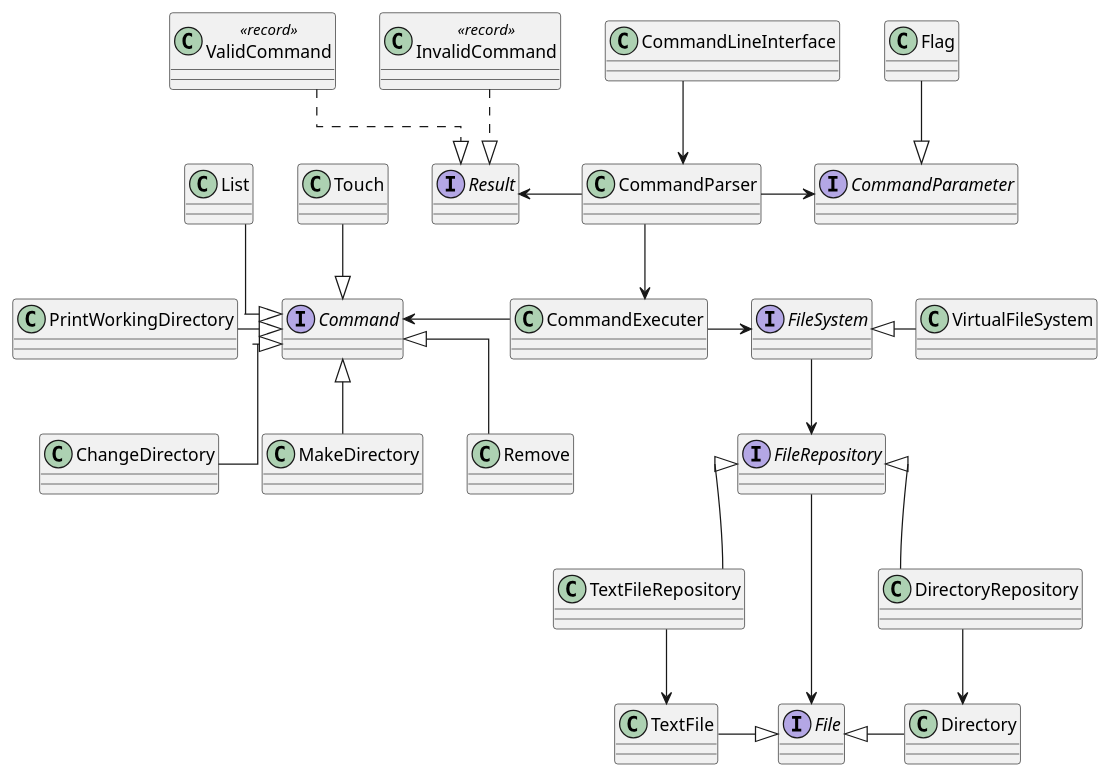
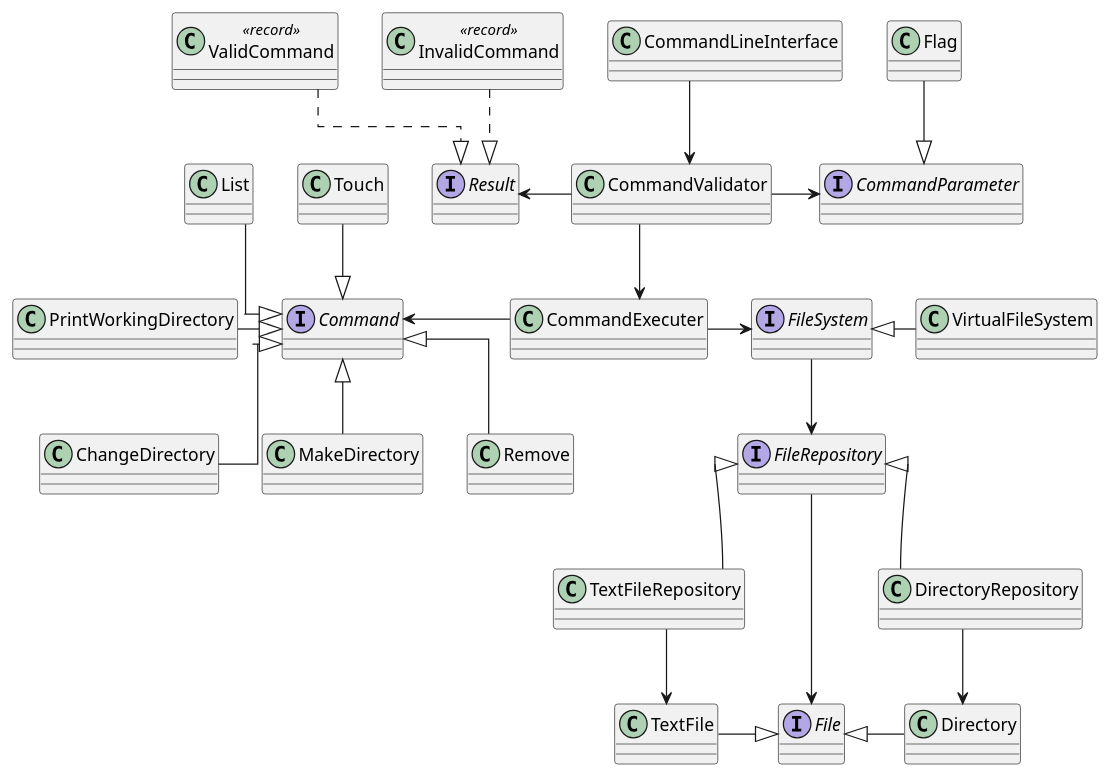
Before and after one commit to austral-ingsis-classroom/clifford-juliriton: the diagram in src/main/java/edu/austral/ingsis/uml/CLIClassDiagram.puml, drawn with PlantUML. The commit also changed 3 other files, not shown here.

```diff
--- a/src/main/java/edu/austral/ingsis/uml/CLIClassDiagram.puml
+++ b/src/main/java/edu/austral/ingsis/uml/CLIClassDiagram.puml
@@ -1,74 +1,74 @@
 @startuml
 skinparam classAttributeIconSize 0
 skinparam linetype ortho
 
 interface fs as "FileSystem"
 interface fr as "FileRepository"
 interface f as "File"
 interface c as "Command"
 interface cp as "CommandParameter"
 
 class flg as "Flag"
 
 class t as "Touch"
 class ls as "List"
 class cd as "ChangeDirectory"
 class mkdir as "MakeDirectory"
 class rm as "Remove"
 class pwd as "PrintWorkingDirectory"
 
 class txtfr as "TextFileRepository"
 class dr as "DirectoryRepository"
 
-class cps as "CommandParser"
+class cv as "CommandValidator"
 class ce as "CommandExecuter"
 class cli as "CommandLineInterface"
 
 interface r as "Result"
 class vc  as "ValidCommand" <<record>>
 class ic as "InvalidCommand" <<record>>
 
 vc .down.|> r
 ic .down.|> r
-cps -left-> r
+cv -left-> r
 
 class txtf as "TextFile"
 class d as "Directory"
 
 class vfs as "VirtualFileSystem"
 
-cli -down-> cps
-cps -right-> cp
-cps -down-> ce
+cli -down-> cv
+cv -right-> cp
+cv -down-> ce
 
 ce -left-> c
 c <|-up- t
 c <|-up- ls
 c <|-down- cd
 c <|-down- mkdir
 c <|-down- rm
 c <|-left- pwd
 
 ce -right-> fs
 fs <|-right- vfs
 fs -down-> fr
 fr -left-> f
 
 f <|-right- d
 f <|-left- txtf
 
 txtfr -up-|> fr
 txtfr -down-> txtf
 dr -up-|> fr
 dr -down-> d
 
 cp <|-up- flg
 
 
 
 
 
 
 
 
 @enduml
```
